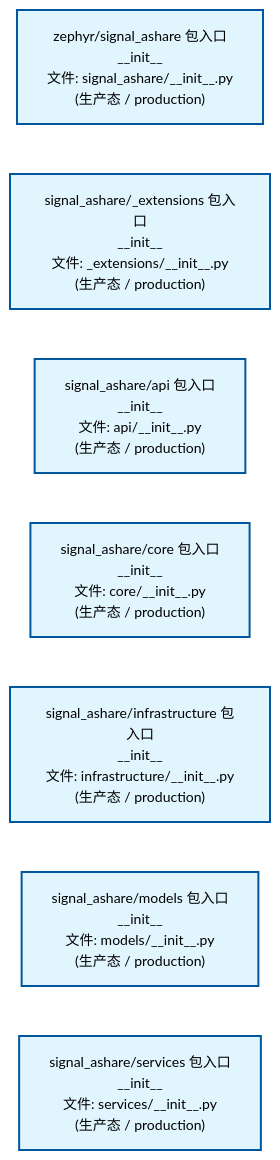
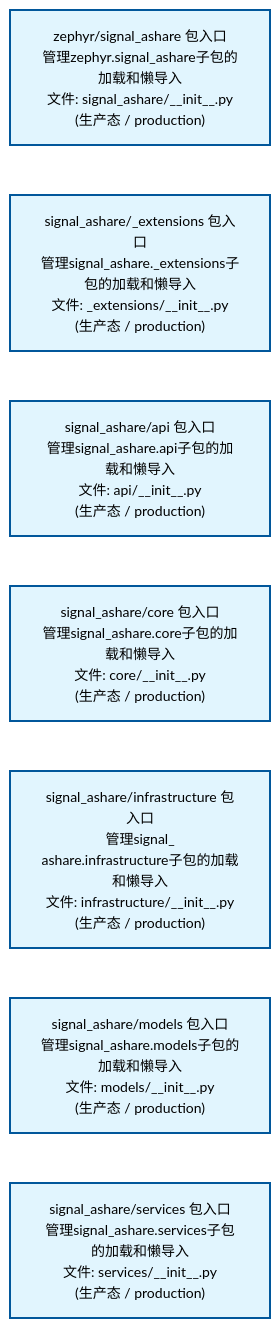
The second of 4 diagrams in docs/02_enterprise_architecture/02_domain_architecture_docs/32_d_ashare_signal.md (xuanFelixVan/ZephyrAlpha), drawn with Mermaid before and after one commit. The commit also changed other lines of this file and 62 other files, not shown here.

````diff
--- a/docs/02_enterprise_architecture/02_domain_architecture_docs/32_d_ashare_signal.md
+++ b/docs/02_enterprise_architecture/02_domain_architecture_docs/32_d_ashare_signal.md
@@ -110,22 +107,22 @@
 ```mermaid
 %%{init: {'theme': 'base', 'themeVariables': {'primaryColor': '#eaeaea', 'primaryTextColor': '#333333', 'primaryBorderColor': '#666666', 'lineColor': '#666666', 'secondaryColor': '#eaeaea', 'tertiaryColor': '#eaeaea', 'fontSize': '14px'}}}%%
 flowchart TD
-    src_zephyr_signal_ashare_init_py["zephyr/signal_ashare 包入口<br/>__init__<br/>文件: signal_ashare/__init__.py<br/>(生产态 / production)"]
-    src_zephyr_signal_ashare_extensions_init_py["signal_ashare/_extensions 包入口<br/>__init__<br/>文件: _extensions/__init__.py<br/>(生产态 / production)"]
-    src_zephyr_signal_ashare_api_init_py["signal_ashare/api 包入口<br/>__init__<br/>文件: api/__init__.py<br/>(生产态 / production)"]
-    src_zephyr_signal_ashare_core_init_py["signal_ashare/core 包入口<br/>__init__<br/>文件: core/__init__.py<br/>(生产态 / production)"]
-    src_zephyr_signal_ashare_infrastructure_init_py["signal_ashare/infrastructure 包入口<br/>__init__<br/>文件: infrastructure/__init__.py<br/>(生产态 / production)"]
-    src_zephyr_signal_ashare_models_init_py["signal_ashare/models 包入口<br/>__init__<br/>文件: models/__init__.py<br/>(生产态 / production)"]
-    src_zephyr_signal_ashare_services_init_py["signal_ashare/services 包入口<br/>__init__<br/>文件: services/__init__.py<br/>(生产态 / production)"]
+    src_zephyr_signal_ashare_init_py["zephyr/signal_ashare 包入口<br/>管理zephyr.signal_ashare子包的加载和懒导入<br/>文件: signal_ashare/__init__.py<br/>(生产态 / production)"]
+    src_zephyr_signal_ashare_extensions_init_py["signal_ashare/_extensions 包入口<br/>管理signal_ashare._extensions子包的加载和懒导入<br/>文件: _extensions/__init__.py<br/>(生产态 / production)"]
+    src_zephyr_signal_ashare_api_init_py["signal_ashare/api 包入口<br/>管理signal_ashare.api子包的加载和懒导入<br/>文件: api/__init__.py<br/>(生产态 / production)"]
+    src_zephyr_signal_ashare_core_init_py["signal_ashare/core 包入口<br/>管理signal_ashare.core子包的加载和懒导入<br/>文件: core/__init__.py<br/>(生产态 / production)"]
+    src_zephyr_signal_ashare_infrastructure_init_py["signal_ashare/infrastructure 包入口<br/>管理signal_<br/>ashare.infrastructure子包的加载和懒导入<br/>文件: infrastructure/__init__.py<br/>(生产态 / production)"]
+    src_zephyr_signal_ashare_models_init_py["signal_ashare/models 包入口<br/>管理signal_ashare.models子包的加载和懒导入<br/>文件: models/__init__.py<br/>(生产态 / production)"]
+    src_zephyr_signal_ashare_services_init_py["signal_ashare/services 包入口<br/>管理signal_ashare.services子包的加载和懒导入<br/>文件: services/__init__.py<br/>(生产态 / production)"]
     src_zephyr_signal_ashare_init_py ~~~ src_zephyr_signal_ashare_extensions_init_py
     src_zephyr_signal_ashare_extensions_init_py ~~~ src_zephyr_signal_ashare_api_init_py
     src_zephyr_signal_ashare_api_init_py ~~~ src_zephyr_signal_ashare_core_init_py
     src_zephyr_signal_ashare_core_init_py ~~~ src_zephyr_signal_ashare_infrastructure_init_py
     src_zephyr_signal_ashare_infrastructure_init_py ~~~ src_zephyr_signal_ashare_models_init_py
     src_zephyr_signal_ashare_models_init_py ~~~ src_zephyr_signal_ashare_services_init_py
     classDef production fill:#e1f5fe,stroke:#01579b,stroke-width:2px,color:#000
     classDef design fill:#fff3e0,stroke:#e65100,stroke-width:2px,color:#000,stroke-dasharray: 5 5
     classDef external_prod fill:#e8f4fd,stroke:#0277bd,stroke-width:1px,color:#000
     classDef external_design fill:#fff8e7,stroke:#ef6c00,stroke-width:1px,color:#000,stroke-dasharray: 5 5
     class src_zephyr_signal_ashare_init_py,src_zephyr_signal_ashare_extensions_init_py,src_zephyr_signal_ashare_api_init_py,src_zephyr_signal_ashare_core_init_py,src_zephyr_signal_ashare_infrastructure_init_py,src_zephyr_signal_ashare_models_init_py,src_zephyr_signal_ashare_services_init_py production
 ```
````
